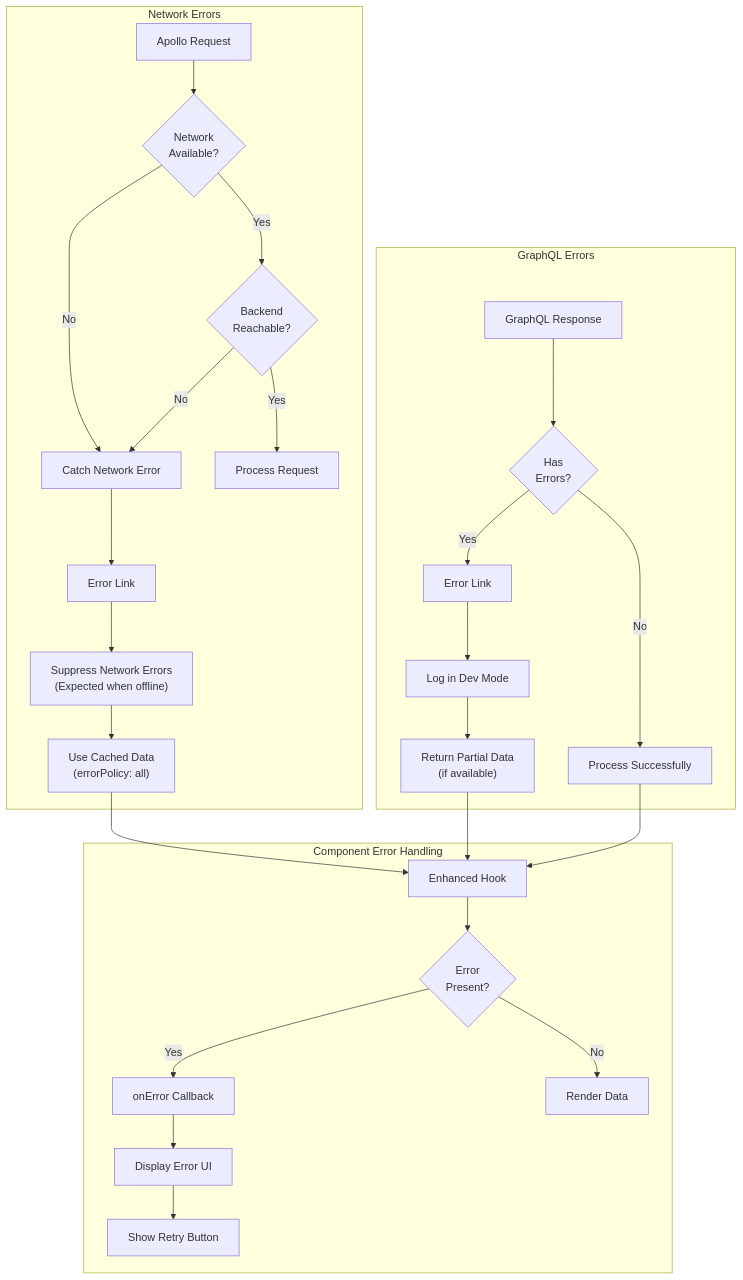
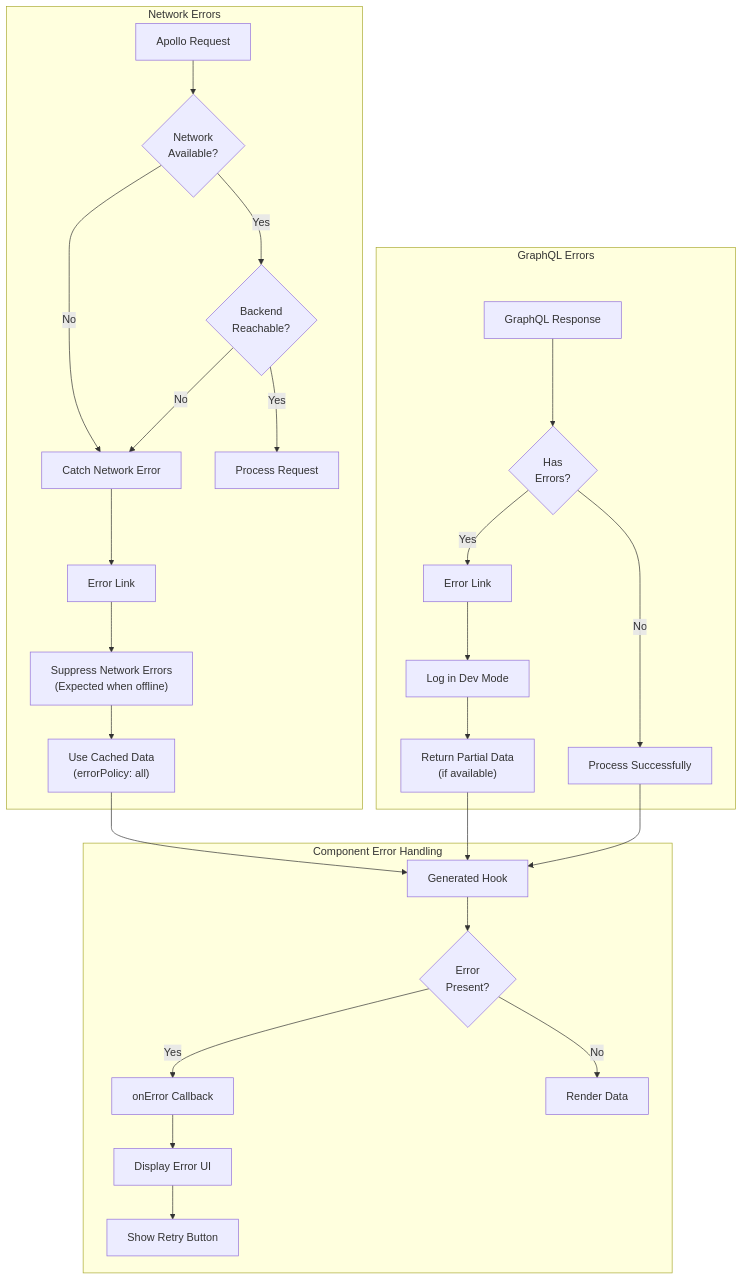
One commit to mehotkhan/safarnak.app changed the seventh of 11 diagrams in README.md. Above: the diagram before and after it, drawn with Mermaid. The commit also changed other lines of this file, not shown here.

Commit message:
docs(readme): fix outdated references (Enhanced→Generated hooks, apollo cache table); refresh diagrams

````diff
--- a/README.md
+++ b/README.md
@@ -340,33 +340,33 @@
 ```mermaid
 flowchart TB
   subgraph Network["Network Errors"]
     N1["Apollo Request"] --> N2{"Network<br/>Available?"}
     N2 -->|No| N3["Catch Network Error"]
     N2 -->|Yes| N4{"Backend<br/>Reachable?"}
     N4 -->|No| N3
     N4 -->|Yes| N5["Process Request"]
     N3 --> N6["Error Link"]
     N6 --> N7["Suppress Network Errors<br/>(Expected when offline)"]
     N7 --> N8["Use Cached Data<br/>(errorPolicy: all)"]
   end
 
   subgraph GraphQL["GraphQL Errors"]
     G1["GraphQL Response"] --> G2{"Has<br/>Errors?"}
     G2 -->|Yes| G3["Error Link"]
     G3 --> G4["Log in Dev Mode"]
     G4 --> G5["Return Partial Data<br/>(if available)"]
     G2 -->|No| G6["Process Successfully"]
   end
 
   subgraph Component["Component Error Handling"]
-    C1["Enhanced Hook"] --> C2{"Error<br/>Present?"}
+    C1["Generated Hook"] --> C2{"Error<br/>Present?"}
     C2 -->|Yes| C3["onError Callback"]
     C3 --> C4["Display Error UI"]
     C4 --> C5["Show Retry Button"]
     C2 -->|No| C6["Render Data"]
   end
 
   N8 --> C1
   G5 --> C1
   G6 --> C1
 ```
````
